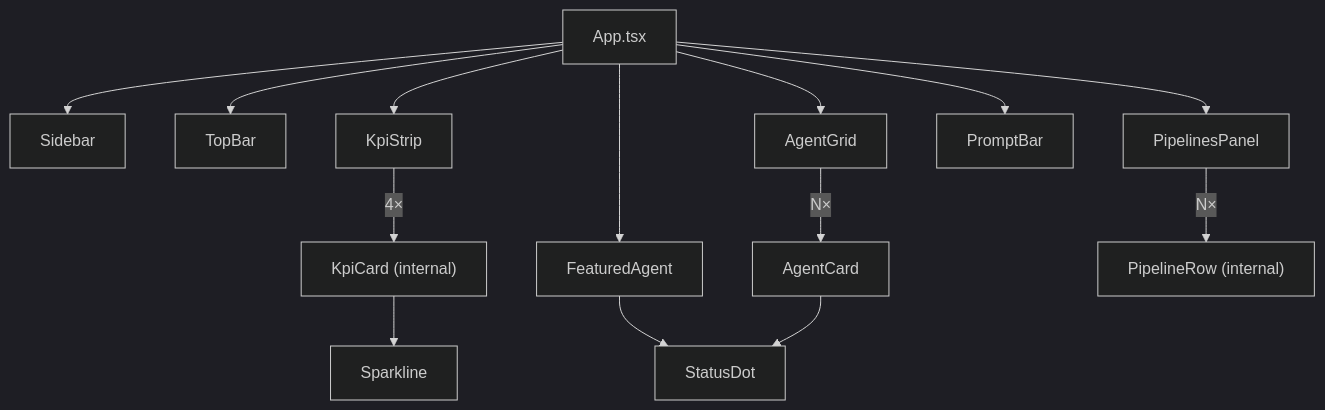
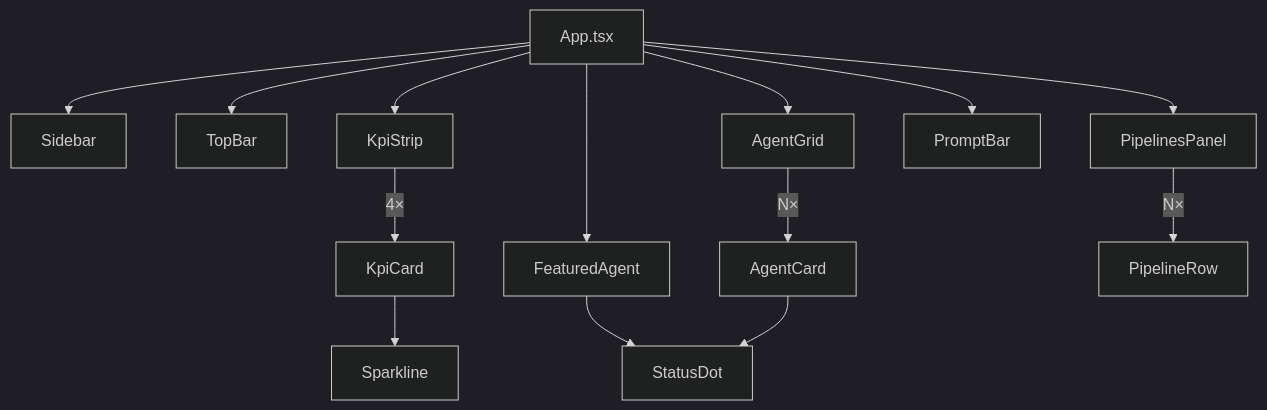
Before and after one commit to Gunashekharp/sdlc-sample-worflow: the diagram in docs-site/src/content/docs/frontend/components.md, drawn with Mermaid (dark theme). The commit also changed other lines of this file and 52 other files, not shown here.

````diff
--- a/docs-site/src/content/docs/frontend/components.md
+++ b/docs-site/src/content/docs/frontend/components.md
@@ -12,31 +30,34 @@
 ```mermaid
 flowchart TD
   App["App.tsx"]
   Sidebar["Sidebar"]
   TopBar["TopBar"]
   KpiStrip["KpiStrip"]
   FeaturedAgent["FeaturedAgent"]
   PipelinesPanel["PipelinesPanel"]
   AgentGrid["AgentGrid"]
   PromptBar["PromptBar"]
-  KpiCard["KpiCard (internal)"]
+  KpiCard["KpiCard"]
   Sparkline["Sparkline"]
   StatusDot["StatusDot"]
   AgentCard["AgentCard"]
-  PipelineRow["PipelineRow (internal)"]
+  PipelineRow["PipelineRow"]
 
   App --> Sidebar
   App --> TopBar
   App --> KpiStrip
   App --> FeaturedAgent
   App --> PipelinesPanel
   App --> AgentGrid
   App --> PromptBar
 
   KpiStrip -->|"4×"| KpiCard
   KpiCard --> Sparkline
+
   FeaturedAgent --> StatusDot
+
   AgentGrid -->|"N×"| AgentCard
   AgentCard --> StatusDot
+
   PipelinesPanel -->|"N×"| PipelineRow
 ```
````
